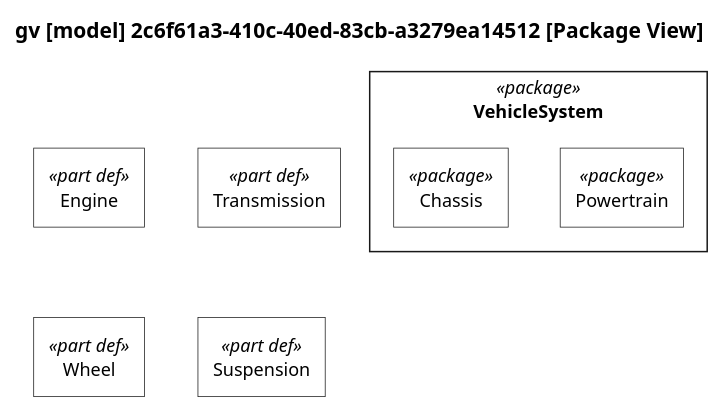
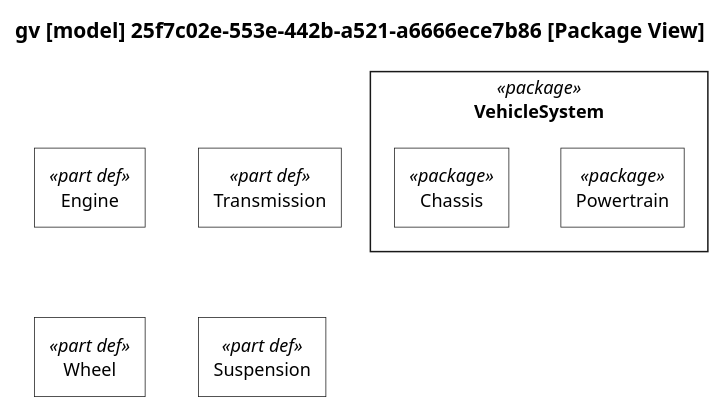
The diagram in docs/plantuml-examples/08-package-view.puml (mycr0ft/sysml2py), drawn with PlantUML before and after one commit. The commit also changed 25 other files, not shown here.

```diff
--- a/docs/plantuml-examples/08-package-view.puml
+++ b/docs/plantuml-examples/08-package-view.puml
@@ -1,85 +1,85 @@
 @startuml
 
 skinparam monochrome true
 skinparam wrapWidth 300
 skinparam defaultFontSize 12
 skinparam defaultFontName Helvetica
 
 skinparam rectangle<<package>> {
     RoundCorner 0
     BackgroundColor white
 }
 skinparam rectangle<<part def>> {
     RoundCorner 0
     BackgroundColor white
 }
 skinparam rectangle<<part>> {
     RoundCorner 15
     BackgroundColor white
 }
 skinparam rectangle<<item def>> {
     RoundCorner 0
     BackgroundColor white
 }
 skinparam rectangle<<item>> {
     RoundCorner 15
     BackgroundColor white
 }
 skinparam rectangle<<action def>> {
     RoundCorner 0
     BackgroundColor white
 }
 skinparam rectangle<<action>> {
     RoundCorner 15
     BackgroundColor white
 }
 skinparam rectangle<<attribute def>> {
     RoundCorner 0
     BackgroundColor white
 }
 skinparam rectangle<<attribute>> {
     RoundCorner 15
     BackgroundColor white
 }
 skinparam rectangle<<requirement def>> {
     RoundCorner 0
     BackgroundColor white
 }
 skinparam rectangle<<requirement>> {
     RoundCorner 15
     BackgroundColor white
 }
 skinparam rectangle<<view def>> {
     RoundCorner 0
     BackgroundColor white
 }
 skinparam rectangle<<view>> {
     RoundCorner 15
     BackgroundColor white
 }
 skinparam folder<<view def>> {
     RoundCorner 0
     BackgroundColor white
 }
 skinparam folder<<view>> {
     RoundCorner 15
     BackgroundColor white
 }
 
 top to bottom direction
 
-title gv [model] 2c6f61a3-410c-40ed-83cb-a3279ea14512 [Package View]
+title gv [model] 25f7c02e-553e-442b-a521-a6666ece7b86 [Package View]
 
 hide circle
 
 rectangle "VehicleSystem" as E5 <<package>> {
 rectangle "Powertrain" as E6 <<package>>
 rectangle "Chassis" as E7 <<package>>
 }
 rectangle "Engine" as E1 <<part def>>
 rectangle "Transmission" as E2 <<part def>>
 rectangle "Wheel" as E3 <<part def>>
 rectangle "Suspension" as E4 <<part def>>
 
 
 @enduml
```
